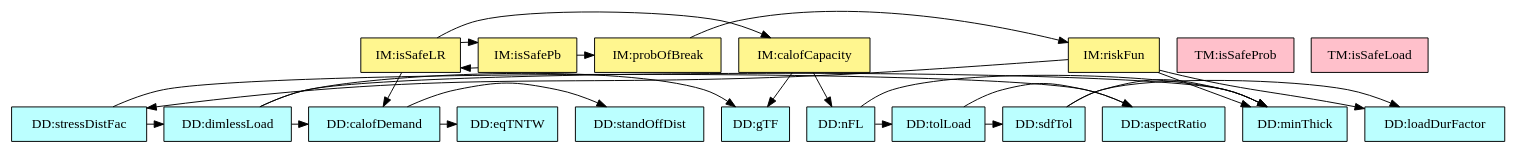
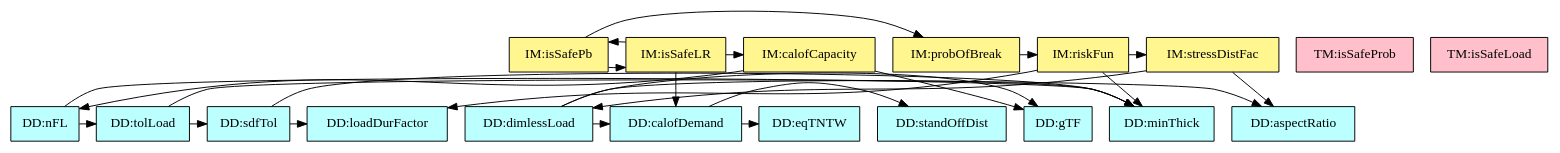
One commit to JacquesCarette/Drasil changed the diagram in code/stable/glassbr/TraceyGraph/refvsref.dot. Above: the diagram before and after it, drawn with Graphviz. The commit also changed 12 other files, not shown here.

```diff
--- a/code/stable/glassbr/TraceyGraph/refvsref.dot
+++ b/code/stable/glassbr/TraceyGraph/refvsref.dot
@@ -1,65 +1,65 @@
 digraph refvsref {
-	stressDistFac -> dimlessLoad;
-	stressDistFac -> aR;
 	nFL -> minThick;
 	nFL -> tolLoad;
 	dimlessLoad -> minThick;
 	dimlessLoad -> glassTypeFac;
 	dimlessLoad -> demandq;
 	tolLoad -> sdfTol;
 	tolLoad -> aR;
 	sdfTol -> minThick;
 	sdfTol -> loadDurFactor;
 	demandq -> stdOffDist;
 	demandq -> eqTNTChar;
 	riskFun -> minThick;
 	riskFun -> loadDurFactor;
 	riskFun -> stressDistFac;
+	stressDistFac -> dimlessLoad;
+	stressDistFac -> aR;
 	probBr -> riskFun;
 	lResistance -> nFL;
 	lResistance -> glassTypeFac;
 	isSafePb -> probBr;
 	isSafePb -> isSafeLR;
 	isSafeLR -> demandq;
 	isSafeLR -> lResistance;
 	isSafeLR -> isSafePb;
 
 
 	minThick	[shape=box, color=black, style=filled, fillcolor=paleturquoise1, label="DD:minThick"];
 	loadDurFactor	[shape=box, color=black, style=filled, fillcolor=paleturquoise1, label="DD:loadDurFactor"];
-	stressDistFac	[shape=box, color=black, style=filled, fillcolor=paleturquoise1, label="DD:stressDistFac"];
 	nFL	[shape=box, color=black, style=filled, fillcolor=paleturquoise1, label="DD:nFL"];
 	glassTypeFac	[shape=box, color=black, style=filled, fillcolor=paleturquoise1, label="DD:gTF"];
 	dimlessLoad	[shape=box, color=black, style=filled, fillcolor=paleturquoise1, label="DD:dimlessLoad"];
 	tolLoad	[shape=box, color=black, style=filled, fillcolor=paleturquoise1, label="DD:tolLoad"];
 	sdfTol	[shape=box, color=black, style=filled, fillcolor=paleturquoise1, label="DD:sdfTol"];
 	stdOffDist	[shape=box, color=black, style=filled, fillcolor=paleturquoise1, label="DD:standOffDist"];
 	aR	[shape=box, color=black, style=filled, fillcolor=paleturquoise1, label="DD:aspectRatio"];
 	eqTNTChar	[shape=box, color=black, style=filled, fillcolor=paleturquoise1, label="DD:eqTNTW"];
 	demandq	[shape=box, color=black, style=filled, fillcolor=paleturquoise1, label="DD:calofDemand"];
 
 	subgraph DD {
 	rank="same"
-	{minThick, loadDurFactor, stressDistFac, nFL, glassTypeFac, dimlessLoad, tolLoad, sdfTol, stdOffDist, aR, eqTNTChar, demandq}
+	{minThick, loadDurFactor, nFL, glassTypeFac, dimlessLoad, tolLoad, sdfTol, stdOffDist, aR, eqTNTChar, demandq}
 	}
 
 	isSafeProb	[shape=box, color=black, style=filled, fillcolor=pink, label="TM:isSafeProb"];
 	isSafeLoad	[shape=box, color=black, style=filled, fillcolor=pink, label="TM:isSafeLoad"];
 
 	subgraph TM {
 	rank="same"
 	{isSafeProb, isSafeLoad}
 	}
 
 	riskFun	[shape=box, color=black, style=filled, fillcolor=khaki1, label="IM:riskFun"];
+	stressDistFac	[shape=box, color=black, style=filled, fillcolor=khaki1, label="IM:stressDistFac"];
 	probBr	[shape=box, color=black, style=filled, fillcolor=khaki1, label="IM:probOfBreak"];
 	lResistance	[shape=box, color=black, style=filled, fillcolor=khaki1, label="IM:calofCapacity"];
 	isSafePb	[shape=box, color=black, style=filled, fillcolor=khaki1, label="IM:isSafePb"];
 	isSafeLR	[shape=box, color=black, style=filled, fillcolor=khaki1, label="IM:isSafeLR"];
 
 	subgraph IM {
 	rank="same"
-	{riskFun, probBr, lResistance, isSafePb, isSafeLR}
+	{riskFun, stressDistFac, probBr, lResistance, isSafePb, isSafeLR}
 	}
 
 }
```
